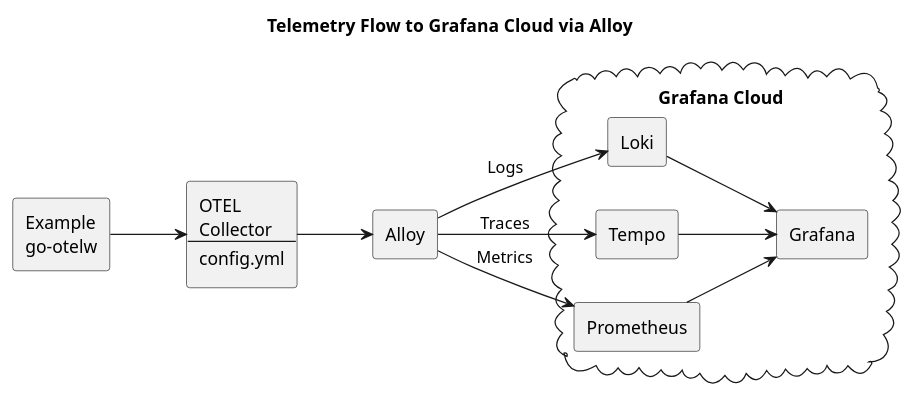
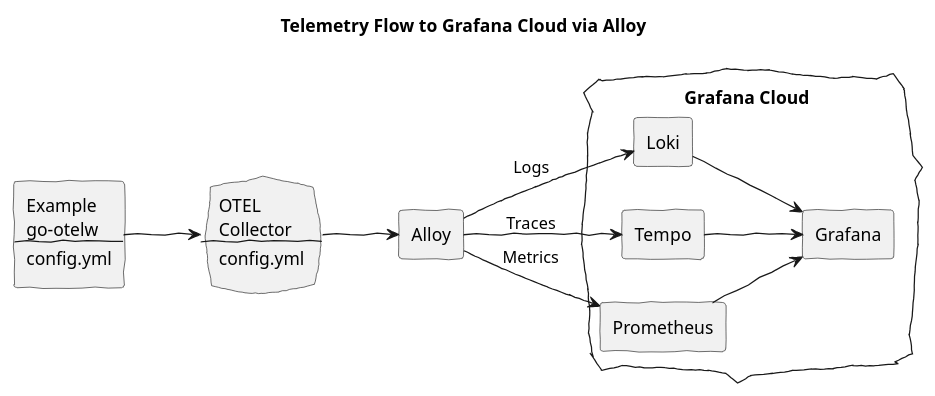
Before and after one commit to yolkhovyy/go-otelw: the diagram in docs/diagrams/grafana-cloud-alloy.puml, drawn with PlantUML. The commit also changed 23 other files, not shown here.

Commit message:
Update diagrams

```diff
--- a/docs/diagrams/grafana-cloud-alloy.puml
+++ b/docs/diagrams/grafana-cloud-alloy.puml
@@ -1,25 +1,26 @@
 @startuml grafana-cloud-alloy
 title Telemetry Flow to Grafana Cloud via Alloy
 left to right direction
+skinparam handwritten true
 
-agent "Example\ngo-otelw" as EX
-agent "OTEL\nCollector\n----\nconfig.yml" as OC
+agent "Example\ngo-otelw\n--\nconfig.yml" as EX
+cloud "OTEL\nCollector\n--\nconfig.yml" as OC
 
 agent Alloy as ALY
 cloud "Grafana Cloud" {
     agent Loki
     agent Tempo
     agent Prometheus
     agent Grafana
 }
 
 EX --> OC
 OC --> ALY
 ALY --> Loki: "Logs"
 ALY --> Tempo: "Traces"
 ALY --> Prometheus: "Metrics"
 Loki --> Grafana
 Tempo --> Grafana
 Prometheus --> Grafana
 
 @enduml
```
